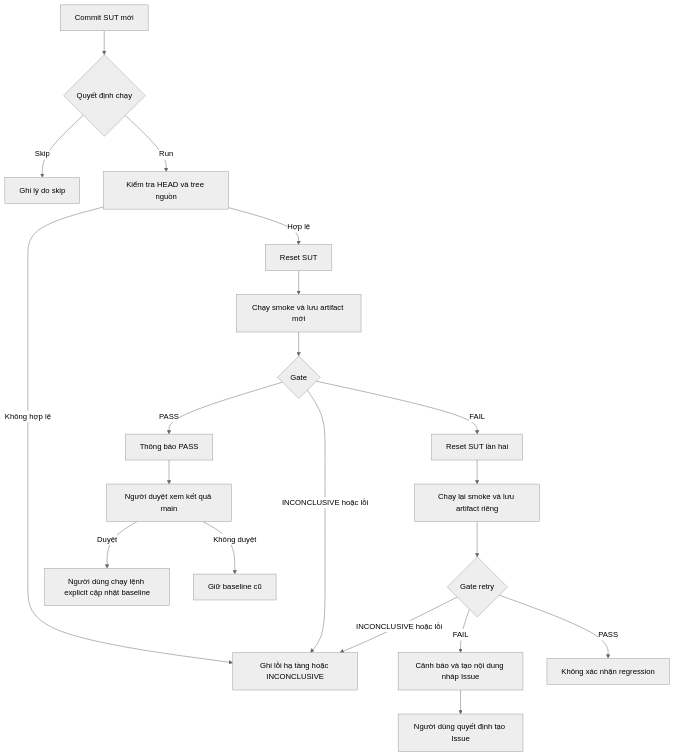
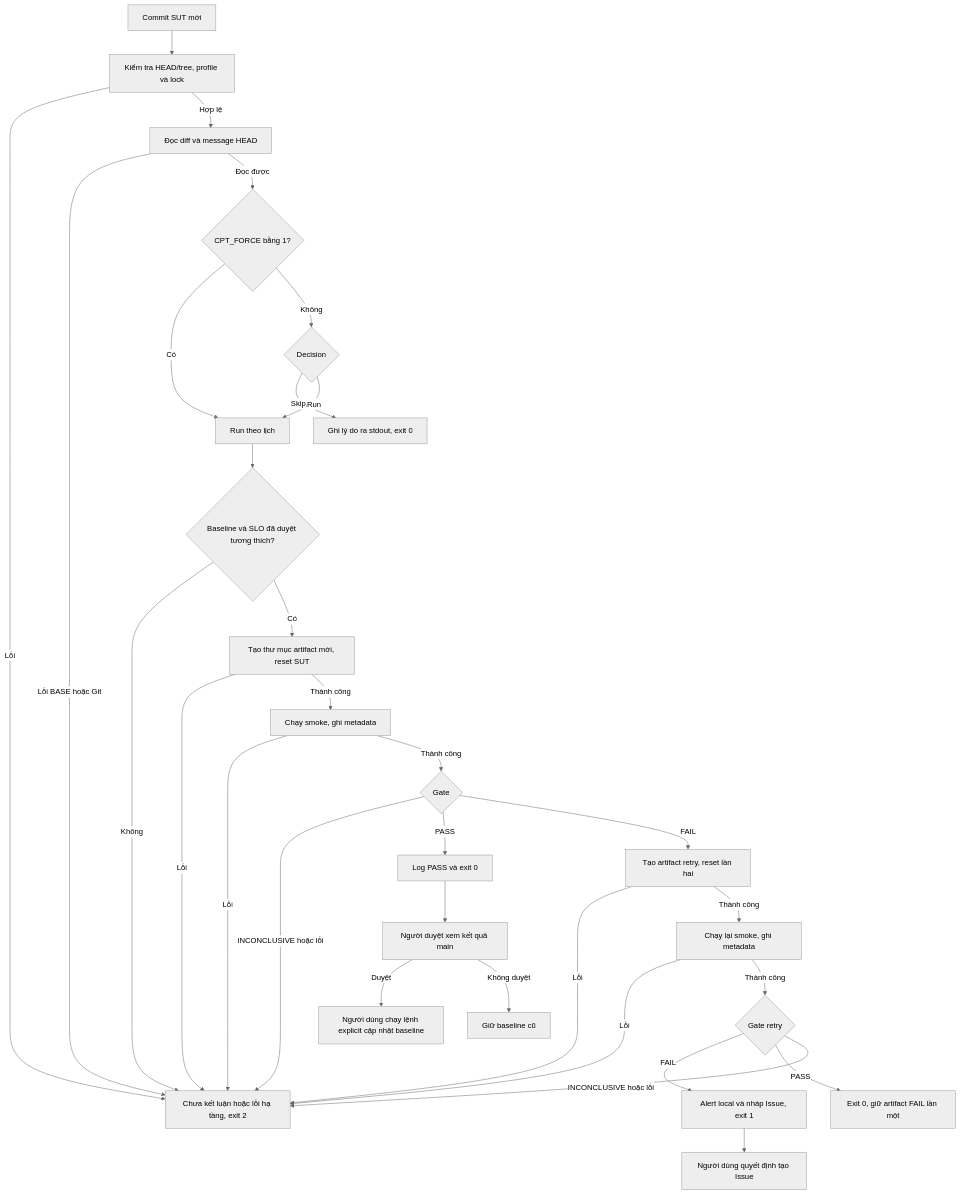
The diagram in report/16_cpt_proposal.md (tzin1401/testing-hw05), drawn with Mermaid (neutral theme) before and after one commit. The commit also changed other lines of this file and 8 other files, not shown here.

````diff
--- a/report/16_cpt_proposal.md
+++ b/report/16_cpt_proposal.md
@@ -60,22 +70,33 @@
 ```mermaid
 flowchart TD
-    A[Commit SUT mới] --> B{Quyết định chạy}
-    B -->|Skip| C[Ghi lý do skip]
-    B -->|Run| D[Kiểm tra HEAD và tree nguồn]
-    D -->|Không hợp lệ| X[Ghi lỗi hạ tầng hoặc INCONCLUSIVE]
-    D -->|Hợp lệ| E[Reset SUT]
-    E --> F[Chạy smoke và lưu artifact mới]
-    F --> G{Gate}
+    A[Commit SUT mới] --> D[Kiểm tra HEAD/tree, profile và lock]
+    D -->|Lỗi| X[Chưa kết luận hoặc lỗi hạ tầng, exit 2]
+    D -->|Hợp lệ| B[Đọc diff và message HEAD]
+    B -->|Lỗi BASE hoặc Git| X
+    B -->|Đọc được| V{CPT_FORCE bằng 1?}
+    V -->|Có| R[Run theo lịch]
+    V -->|Không| Q{Decision}
+    Q -->|Skip| C[Ghi lý do ra stdout, exit 0]
+    Q -->|Run| R
+    R --> T{Baseline và SLO đã duyệt tương thích?}
+    T -->|Không| X
+    T -->|Có| E[Tạo thư mục artifact mới, reset SUT]
+    E -->|Lỗi| X
+    E -->|Thành công| F[Chạy smoke, ghi metadata]
+    F -->|Lỗi| X
+    F -->|Thành công| G{Gate}
     G -->|INCONCLUSIVE hoặc lỗi| X
-    G -->|PASS| H[Thông báo PASS]
-    G -->|FAIL| I[Reset SUT lần hai]
-    I --> J[Chạy lại smoke và lưu artifact riêng]
-    J --> K{Gate retry}
-    K -->|FAIL| L[Cảnh báo và tạo nội dung nháp Issue]
-    K -->|PASS| M[Không xác nhận regression]
+    G -->|PASS| H[Log PASS và exit 0]
+    G -->|FAIL| I[Tạo artifact retry, reset lần hai]
+    I -->|Lỗi| X
+    I -->|Thành công| J[Chạy lại smoke, ghi metadata]
+    J -->|Lỗi| X
+    J -->|Thành công| K{Gate retry}
+    K -->|FAIL| L[Alert local và nháp Issue, exit 1]
+    K -->|PASS| M[Exit 0, giữ artifact FAIL lần một]
     K -->|INCONCLUSIVE hoặc lỗi| X
     H --> N[Người duyệt xem kết quả main]
     N -->|Duyệt| O[Người dùng chạy lệnh explicit cập nhật baseline]
     N -->|Không duyệt| P[Giữ baseline cũ]
-    L --> Q[Người dùng quyết định tạo Issue]
+    L --> U[Người dùng quyết định tạo Issue]
 ```
````
